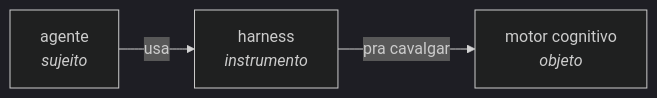
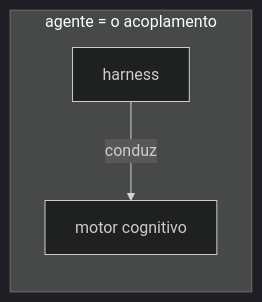
The second of 3 diagrams in src/content/blog/recuperando-o-harness.md (franklinbaldo/franklinbaldo.github.io), drawn with Mermaid (dark theme) before and after one commit. The commit also changed other lines of this file and 1 other file, not shown here.

````diff
--- a/src/content/blog/recuperando-o-harness.md
+++ b/src/content/blog/recuperando-o-harness.md
@@ -119,4 +119,6 @@
 ```mermaid
 flowchart LR
-    A["agente<br/><i>sujeito</i>"] -->|usa| HN["harness<br/><i>instrumento</i>"] -->|pra cavalgar| M["motor cognitivo<br/><i>objeto</i>"]
+    subgraph A["agente = o acoplamento"]
+        HN["harness"] -->|conduz| M["motor cognitivo"]
+    end
 ```
````
